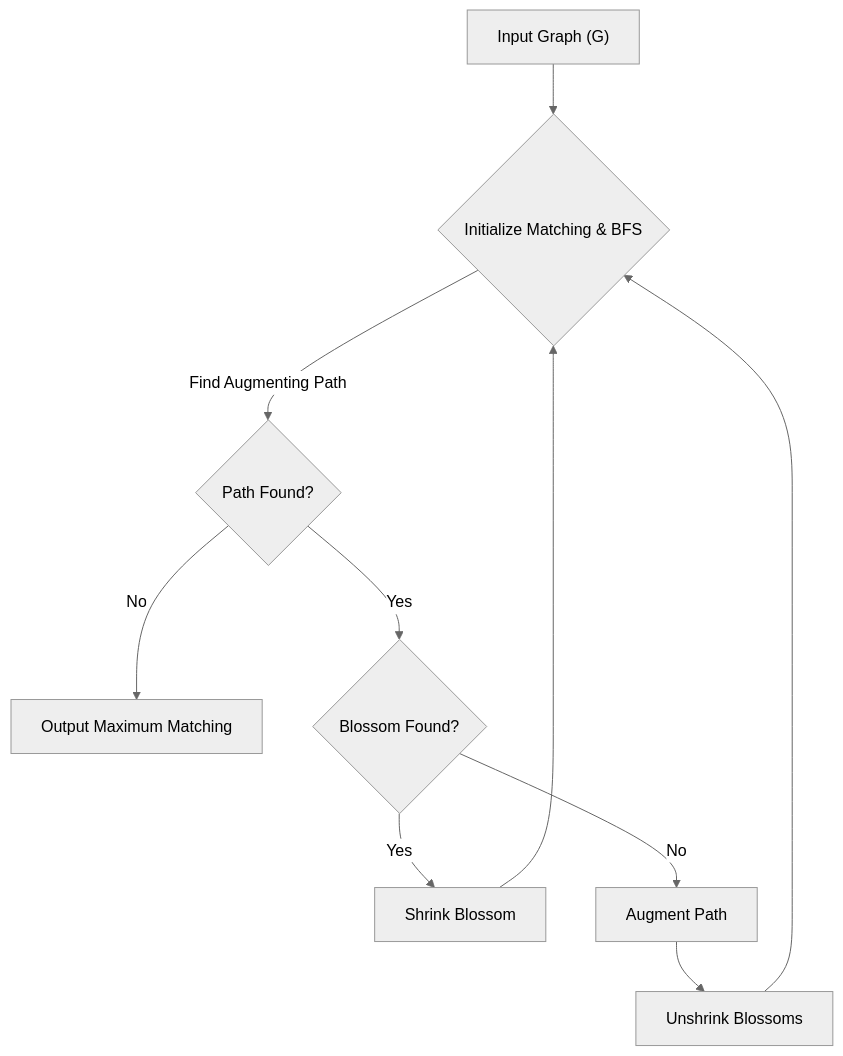
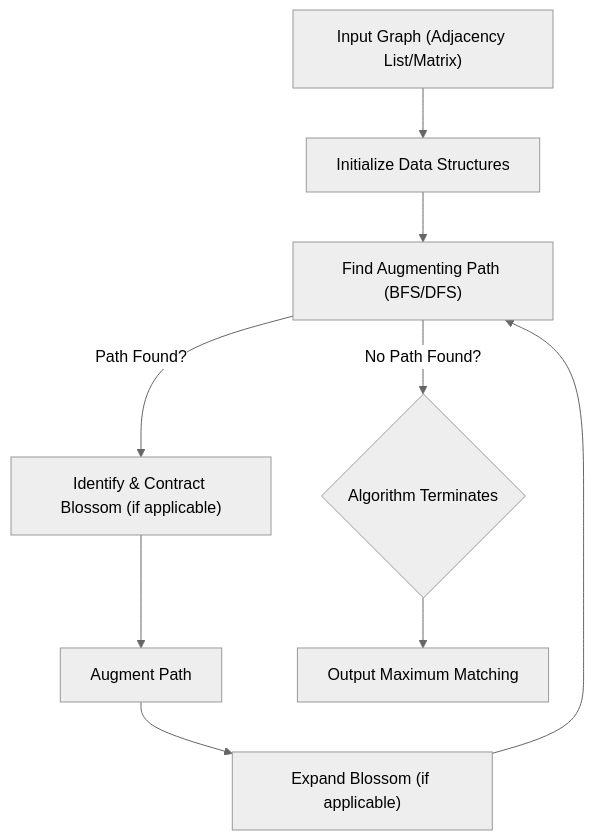
Before and after one commit to grewal16/edmonds-blossom-algorithm: the diagram in README.md, drawn with Mermaid (neutral theme). The commit also changed other lines of this file, not shown here.

````diff
--- a/README.md
+++ b/README.md
@@ -35,12 +40,11 @@
 ```mermaid
 graph TD
-    A["Input Graph (G)"] --> B{"Initialize Matching & BFS"};
-    B -- "Find Augmenting Path" --> C{"Path Found?"};
-    C -- "No" --> D["Output Maximum Matching"];
-    C -- "Yes" --> E{"Blossom Found?"};
-    E -- "Yes" --> F["Shrink Blossom"];
-    E -- "No" --> G["Augment Path"];
-    F --> B;
-    G --> H["Unshrink Blossoms"];
-    H --> B;
+    A["Input Graph (Adjacency List/Matrix)"] --> B["Initialize Data Structures"];
+    B --> C["Find Augmenting Path (BFS/DFS)"];
+    C -- "No Path Found?" --> D{Algorithm Terminates};
+    C -- "Path Found?" --> E["Identify & Contract Blossom (if applicable)"];
+    E --> F["Augment Path"];
+    F --> G["Expand Blossom (if applicable)"];
+    G --> C;
+    D --> H["Output Maximum Matching"];
 ```
````
